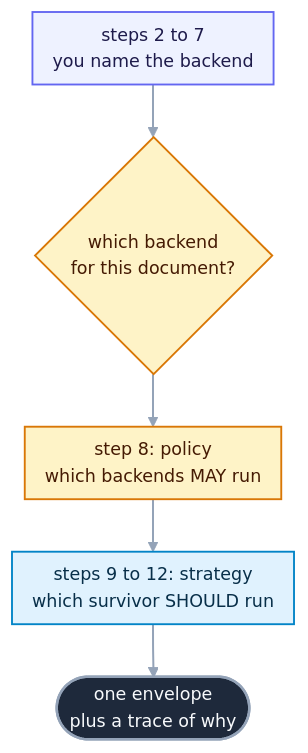
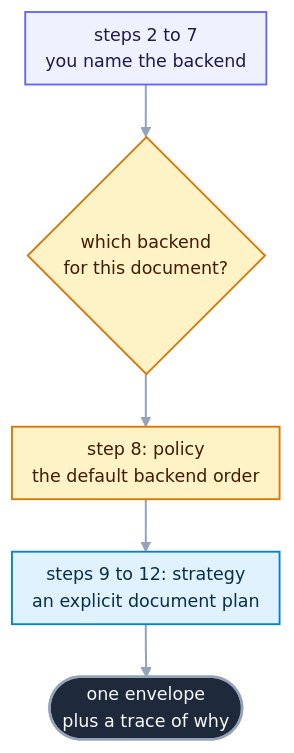
One commit to openreading-ai/openreading-core changed the second of 3 diagrams in examples/tutorial.md. Above: the diagram before and after it, drawn with Mermaid. The commit also changed other lines of this file and 37 other files, not shown here.

````diff
--- a/examples/tutorial.md
+++ b/examples/tutorial.md
@@ -559,13 +558,13 @@
 ```mermaid
 %%{init: {"theme":"base","themeVariables":{"fontFamily":"ui-sans-serif, system-ui, -apple-system, Segoe UI, Roboto, sans-serif","fontSize":"14px","lineColor":"#94a3b8","textColor":"#334155","primaryTextColor":"#0f172a","edgeLabelBackground":"#eef2f7","clusterBkg":"#f8fafc","clusterBorder":"#cbd5e1","titleColor":"#334155"},"flowchart":{"curve":"basis","nodeSpacing":34,"rankSpacing":42,"padding":8,"useMaxWidth":true}}}%%
 flowchart TD
   S1["steps 2 to 7<br>you name the backend"]:::src --> Q{"which backend<br>for this document?"}:::gate
-  Q --> S2["step 8: policy<br>which backends MAY run"]:::gate
-  S2 --> S3["steps 9 to 12: strategy<br>which survivor SHOULD run"]:::work
+  Q --> S2["step 8: policy<br>the default backend order"]:::gate
+  S2 --> S3["steps 9 to 12: strategy<br>an explicit document plan"]:::work
   S3 --> S4(["one envelope<br>plus a trace of why"]):::hero
   classDef src fill:#eef2ff,stroke:#6366f1,stroke-width:1.5px,color:#1e1b4b;
   classDef work fill:#e0f2fe,stroke:#0284c7,stroke-width:1.5px,color:#082f49;
   classDef gate fill:#fef3c7,stroke:#d97706,stroke-width:1.5px,color:#451a03;
   classDef hero fill:#1e293b,stroke:#94a3b8,stroke-width:2px,color:#f8fafc;
   linkStyle default stroke-width:1.6px;
 ```
````
